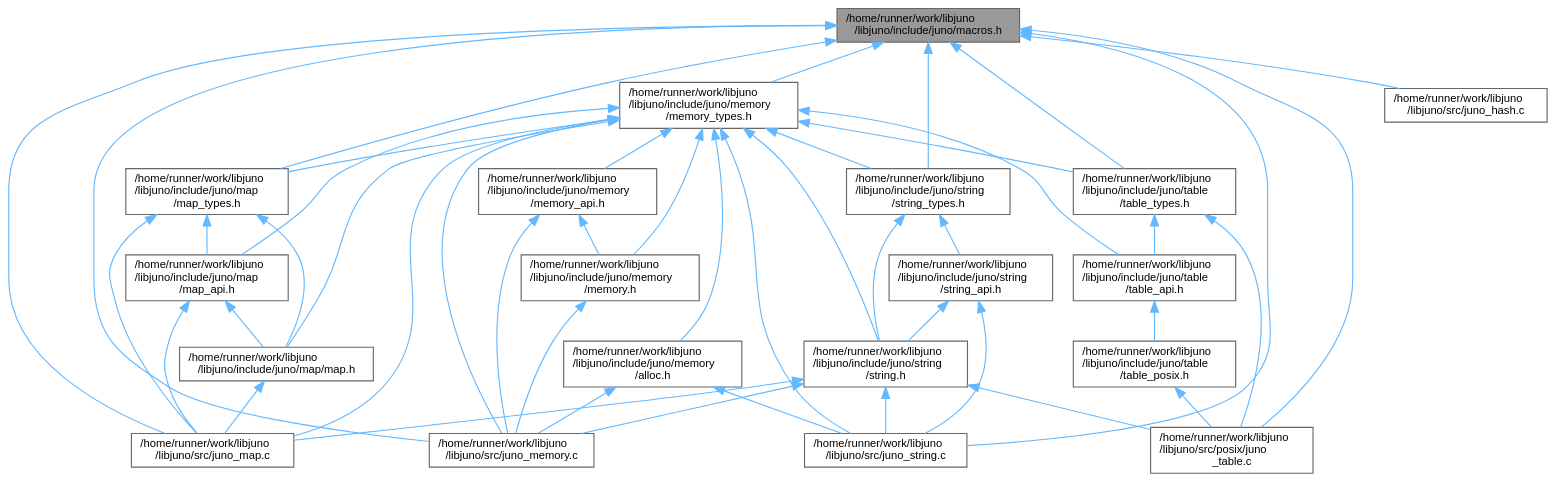
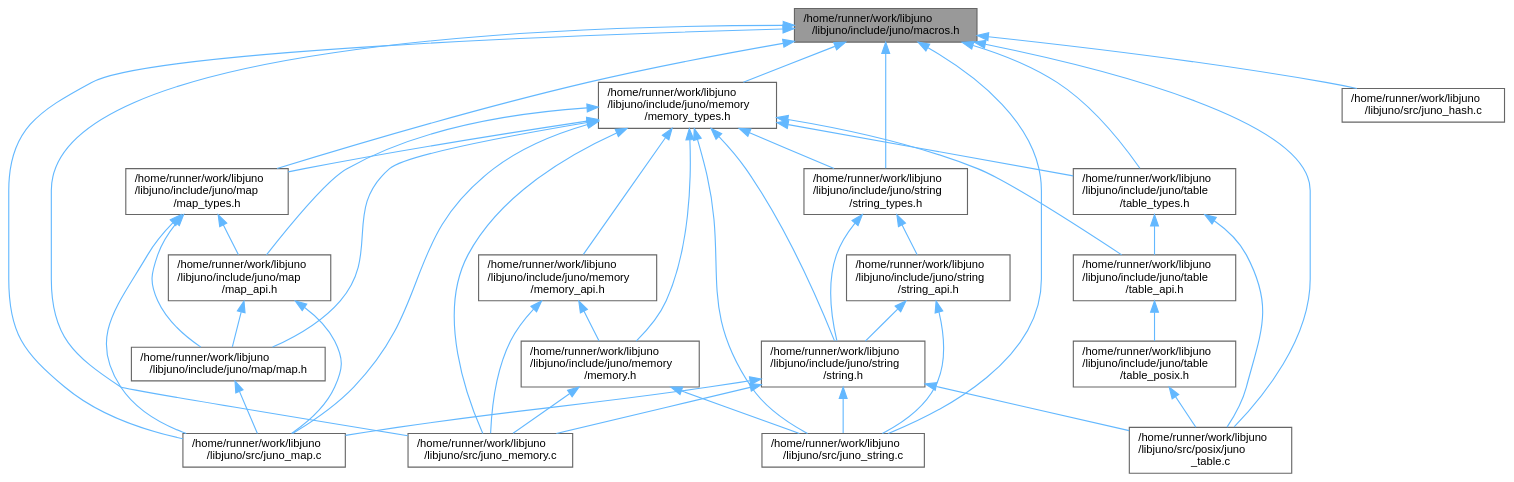
Before and after one commit to robinonsay/libjuno: the diagram in macros_8h__dep__incl.dot, drawn with Graphviz. The commit also changed 105 other files, not shown here.

```diff
--- a/macros_8h__dep__incl.dot
+++ b/macros_8h__dep__incl.dot
@@ -22,50 +22,47 @@
   Node6 -> Node5 [id="edge10_Node000006_Node000005",dir="back",color="steelblue1",style="solid",tooltip=" "];
   Node6 -> Node2 [id="edge11_Node000006_Node000002",dir="back",color="steelblue1",style="solid",tooltip=" "];
   Node6 -> Node7 [id="edge12_Node000006_Node000007",dir="back",color="steelblue1",style="solid",tooltip=" "];
-  Node7 [id="Node000007",label="/home/runner/work/libjuno\l/libjuno/include/juno/memory\l/alloc.h",height=0.2,width=0.4,color="grey40", fillcolor="white", style="filled",URL="$alloc_8h.html",tooltip=" "];
+  Node7 [id="Node000007",label="/home/runner/work/libjuno\l/libjuno/include/juno/memory\l/memory.h",height=0.2,width=0.4,color="grey40", fillcolor="white", style="filled",URL="$memory_8h.html",tooltip=" "];
   Node7 -> Node8 [id="edge13_Node000007_Node000008",dir="back",color="steelblue1",style="solid",tooltip=" "];
   Node8 [id="Node000008",label="/home/runner/work/libjuno\l/libjuno/src/juno_memory.c",height=0.2,width=0.4,color="grey40", fillcolor="white", style="filled",URL="$juno__memory_8c.html",tooltip=" "];
   Node7 -> Node9 [id="edge14_Node000007_Node000009",dir="back",color="steelblue1",style="solid",tooltip=" "];
   Node9 [id="Node000009",label="/home/runner/work/libjuno\l/libjuno/src/juno_string.c",height=0.2,width=0.4,color="grey40", fillcolor="white", style="filled",URL="$juno__string_8c.html",tooltip=" "];
   Node6 -> Node10 [id="edge15_Node000006_Node000010",dir="back",color="steelblue1",style="solid",tooltip=" "];
-  Node10 [id="Node000010",label="/home/runner/work/libjuno\l/libjuno/include/juno/memory\l/memory.h",height=0.2,width=0.4,color="grey40", fillcolor="white", style="filled",URL="$memory_8h.html",tooltip=" "];
-  Node10 -> Node8 [id="edge16_Node000010_Node000008",dir="back",color="steelblue1",style="solid",tooltip=" "];
-  Node6 -> Node11 [id="edge17_Node000006_Node000011",dir="back",color="steelblue1",style="solid",tooltip=" "];
-  Node11 [id="Node000011",label="/home/runner/work/libjuno\l/libjuno/include/juno/memory\l/memory_api.h",height=0.2,width=0.4,color="grey40", fillcolor="white", style="filled",URL="$memory__api_8h.html",tooltip=" "];
-  Node11 -> Node10 [id="edge18_Node000011_Node000010",dir="back",color="steelblue1",style="solid",tooltip=" "];
-  Node11 -> Node8 [id="edge19_Node000011_Node000008",dir="back",color="steelblue1",style="solid",tooltip=" "];
-  Node6 -> Node12 [id="edge20_Node000006_Node000012",dir="back",color="steelblue1",style="solid",tooltip=" "];
-  Node12 [id="Node000012",label="/home/runner/work/libjuno\l/libjuno/include/juno/string\l/string.h",height=0.2,width=0.4,color="grey40", fillcolor="white", style="filled",URL="$string_8h.html",tooltip=" "];
-  Node12 -> Node4 [id="edge21_Node000012_Node000004",dir="back",color="steelblue1",style="solid",tooltip=" "];
-  Node12 -> Node8 [id="edge22_Node000012_Node000008",dir="back",color="steelblue1",style="solid",tooltip=" "];
-  Node12 -> Node9 [id="edge23_Node000012_Node000009",dir="back",color="steelblue1",style="solid",tooltip=" "];
-  Node12 -> Node13 [id="edge24_Node000012_Node000013",dir="back",color="steelblue1",style="solid",tooltip=" "];
-  Node13 [id="Node000013",label="/home/runner/work/libjuno\l/libjuno/src/posix/juno\l_table.c",height=0.2,width=0.4,color="grey40", fillcolor="white", style="filled",URL="$juno__table_8c.html",tooltip=" "];
-  Node6 -> Node14 [id="edge25_Node000006_Node000014",dir="back",color="steelblue1",style="solid",tooltip=" "];
-  Node14 [id="Node000014",label="/home/runner/work/libjuno\l/libjuno/include/juno/string\l/string_types.h",height=0.2,width=0.4,color="grey40", fillcolor="white", style="filled",URL="$string__types_8h.html",tooltip=" "];
-  Node14 -> Node12 [id="edge26_Node000014_Node000012",dir="back",color="steelblue1",style="solid",tooltip=" "];
-  Node14 -> Node15 [id="edge27_Node000014_Node000015",dir="back",color="steelblue1",style="solid",tooltip=" "];
-  Node15 [id="Node000015",label="/home/runner/work/libjuno\l/libjuno/include/juno/string\l/string_api.h",height=0.2,width=0.4,color="grey40", fillcolor="white", style="filled",URL="$string__api_8h.html",tooltip=" "];
-  Node15 -> Node12 [id="edge28_Node000015_Node000012",dir="back",color="steelblue1",style="solid",tooltip=" "];
-  Node15 -> Node9 [id="edge29_Node000015_Node000009",dir="back",color="steelblue1",style="solid",tooltip=" "];
-  Node6 -> Node16 [id="edge30_Node000006_Node000016",dir="back",color="steelblue1",style="solid",tooltip=" "];
-  Node16 [id="Node000016",label="/home/runner/work/libjuno\l/libjuno/include/juno/table\l/table_api.h",height=0.2,width=0.4,color="grey40", fillcolor="white", style="filled",URL="$table__api_8h.html",tooltip=" "];
-  Node16 -> Node17 [id="edge31_Node000016_Node000017",dir="back",color="steelblue1",style="solid",tooltip=" "];
-  Node17 [id="Node000017",label="/home/runner/work/libjuno\l/libjuno/include/juno/table\l/table_posix.h",height=0.2,width=0.4,color="grey40", fillcolor="white", style="filled",URL="$table__posix_8h.html",tooltip=" "];
-  Node17 -> Node13 [id="edge32_Node000017_Node000013",dir="back",color="steelblue1",style="solid",tooltip=" "];
-  Node6 -> Node18 [id="edge33_Node000006_Node000018",dir="back",color="steelblue1",style="solid",tooltip=" "];
-  Node18 [id="Node000018",label="/home/runner/work/libjuno\l/libjuno/include/juno/table\l/table_types.h",height=0.2,width=0.4,color="grey40", fillcolor="white", style="filled",URL="$table__types_8h.html",tooltip=" "];
-  Node18 -> Node16 [id="edge34_Node000018_Node000016",dir="back",color="steelblue1",style="solid",tooltip=" "];
-  Node18 -> Node13 [id="edge35_Node000018_Node000013",dir="back",color="steelblue1",style="solid",tooltip=" "];
-  Node6 -> Node4 [id="edge36_Node000006_Node000004",dir="back",color="steelblue1",style="solid",tooltip=" "];
-  Node6 -> Node8 [id="edge37_Node000006_Node000008",dir="back",color="steelblue1",style="solid",tooltip=" "];
-  Node6 -> Node9 [id="edge38_Node000006_Node000009",dir="back",color="steelblue1",style="solid",tooltip=" "];
-  Node1 -> Node14 [id="edge39_Node000001_Node000014",dir="back",color="steelblue1",style="solid",tooltip=" "];
-  Node1 -> Node18 [id="edge40_Node000001_Node000018",dir="back",color="steelblue1",style="solid",tooltip=" "];
-  Node1 -> Node19 [id="edge41_Node000001_Node000019",dir="back",color="steelblue1",style="solid",tooltip=" "];
-  Node19 [id="Node000019",label="/home/runner/work/libjuno\l/libjuno/src/juno_hash.c",height=0.2,width=0.4,color="grey40", fillcolor="white", style="filled",URL="$juno__hash_8c.html",tooltip=" "];
-  Node1 -> Node4 [id="edge42_Node000001_Node000004",dir="back",color="steelblue1",style="solid",tooltip=" "];
-  Node1 -> Node8 [id="edge43_Node000001_Node000008",dir="back",color="steelblue1",style="solid",tooltip=" "];
-  Node1 -> Node9 [id="edge44_Node000001_Node000009",dir="back",color="steelblue1",style="solid",tooltip=" "];
-  Node1 -> Node13 [id="edge45_Node000001_Node000013",dir="back",color="steelblue1",style="solid",tooltip=" "];
+  Node10 [id="Node000010",label="/home/runner/work/libjuno\l/libjuno/include/juno/memory\l/memory_api.h",height=0.2,width=0.4,color="grey40", fillcolor="white", style="filled",URL="$memory__api_8h.html",tooltip=" "];
+  Node10 -> Node7 [id="edge16_Node000010_Node000007",dir="back",color="steelblue1",style="solid",tooltip=" "];
+  Node10 -> Node8 [id="edge17_Node000010_Node000008",dir="back",color="steelblue1",style="solid",tooltip=" "];
+  Node6 -> Node11 [id="edge18_Node000006_Node000011",dir="back",color="steelblue1",style="solid",tooltip=" "];
+  Node11 [id="Node000011",label="/home/runner/work/libjuno\l/libjuno/include/juno/string\l/string.h",height=0.2,width=0.4,color="grey40", fillcolor="white", style="filled",URL="$string_8h.html",tooltip=" "];
+  Node11 -> Node4 [id="edge19_Node000011_Node000004",dir="back",color="steelblue1",style="solid",tooltip=" "];
+  Node11 -> Node8 [id="edge20_Node000011_Node000008",dir="back",color="steelblue1",style="solid",tooltip=" "];
+  Node11 -> Node9 [id="edge21_Node000011_Node000009",dir="back",color="steelblue1",style="solid",tooltip=" "];
+  Node11 -> Node12 [id="edge22_Node000011_Node000012",dir="back",color="steelblue1",style="solid",tooltip=" "];
+  Node12 [id="Node000012",label="/home/runner/work/libjuno\l/libjuno/src/posix/juno\l_table.c",height=0.2,width=0.4,color="grey40", fillcolor="white", style="filled",URL="$juno__table_8c.html",tooltip=" "];
+  Node6 -> Node13 [id="edge23_Node000006_Node000013",dir="back",color="steelblue1",style="solid",tooltip=" "];
+  Node13 [id="Node000013",label="/home/runner/work/libjuno\l/libjuno/include/juno/string\l/string_types.h",height=0.2,width=0.4,color="grey40", fillcolor="white", style="filled",URL="$string__types_8h.html",tooltip=" "];
+  Node13 -> Node11 [id="edge24_Node000013_Node000011",dir="back",color="steelblue1",style="solid",tooltip=" "];
+  Node13 -> Node14 [id="edge25_Node000013_Node000014",dir="back",color="steelblue1",style="solid",tooltip=" "];
+  Node14 [id="Node000014",label="/home/runner/work/libjuno\l/libjuno/include/juno/string\l/string_api.h",height=0.2,width=0.4,color="grey40", fillcolor="white", style="filled",URL="$string__api_8h.html",tooltip=" "];
+  Node14 -> Node11 [id="edge26_Node000014_Node000011",dir="back",color="steelblue1",style="solid",tooltip=" "];
+  Node14 -> Node9 [id="edge27_Node000014_Node000009",dir="back",color="steelblue1",style="solid",tooltip=" "];
+  Node6 -> Node15 [id="edge28_Node000006_Node000015",dir="back",color="steelblue1",style="solid",tooltip=" "];
+  Node15 [id="Node000015",label="/home/runner/work/libjuno\l/libjuno/include/juno/table\l/table_api.h",height=0.2,width=0.4,color="grey40", fillcolor="white", style="filled",URL="$table__api_8h.html",tooltip=" "];
+  Node15 -> Node16 [id="edge29_Node000015_Node000016",dir="back",color="steelblue1",style="solid",tooltip=" "];
+  Node16 [id="Node000016",label="/home/runner/work/libjuno\l/libjuno/include/juno/table\l/table_posix.h",height=0.2,width=0.4,color="grey40", fillcolor="white", style="filled",URL="$table__posix_8h.html",tooltip=" "];
+  Node16 -> Node12 [id="edge30_Node000016_Node000012",dir="back",color="steelblue1",style="solid",tooltip=" "];
+  Node6 -> Node17 [id="edge31_Node000006_Node000017",dir="back",color="steelblue1",style="solid",tooltip=" "];
+  Node17 [id="Node000017",label="/home/runner/work/libjuno\l/libjuno/include/juno/table\l/table_types.h",height=0.2,width=0.4,color="grey40", fillcolor="white", style="filled",URL="$table__types_8h.html",tooltip=" "];
+  Node17 -> Node15 [id="edge32_Node000017_Node000015",dir="back",color="steelblue1",style="solid",tooltip=" "];
+  Node17 -> Node12 [id="edge33_Node000017_Node000012",dir="back",color="steelblue1",style="solid",tooltip=" "];
+  Node6 -> Node4 [id="edge34_Node000006_Node000004",dir="back",color="steelblue1",style="solid",tooltip=" "];
+  Node6 -> Node8 [id="edge35_Node000006_Node000008",dir="back",color="steelblue1",style="solid",tooltip=" "];
+  Node6 -> Node9 [id="edge36_Node000006_Node000009",dir="back",color="steelblue1",style="solid",tooltip=" "];
+  Node1 -> Node13 [id="edge37_Node000001_Node000013",dir="back",color="steelblue1",style="solid",tooltip=" "];
+  Node1 -> Node17 [id="edge38_Node000001_Node000017",dir="back",color="steelblue1",style="solid",tooltip=" "];
+  Node1 -> Node18 [id="edge39_Node000001_Node000018",dir="back",color="steelblue1",style="solid",tooltip=" "];
+  Node18 [id="Node000018",label="/home/runner/work/libjuno\l/libjuno/src/juno_hash.c",height=0.2,width=0.4,color="grey40", fillcolor="white", style="filled",URL="$juno__hash_8c.html",tooltip=" "];
+  Node1 -> Node4 [id="edge40_Node000001_Node000004",dir="back",color="steelblue1",style="solid",tooltip=" "];
+  Node1 -> Node8 [id="edge41_Node000001_Node000008",dir="back",color="steelblue1",style="solid",tooltip=" "];
+  Node1 -> Node9 [id="edge42_Node000001_Node000009",dir="back",color="steelblue1",style="solid",tooltip=" "];
+  Node1 -> Node12 [id="edge43_Node000001_Node000012",dir="back",color="steelblue1",style="solid",tooltip=" "];
 }
```
